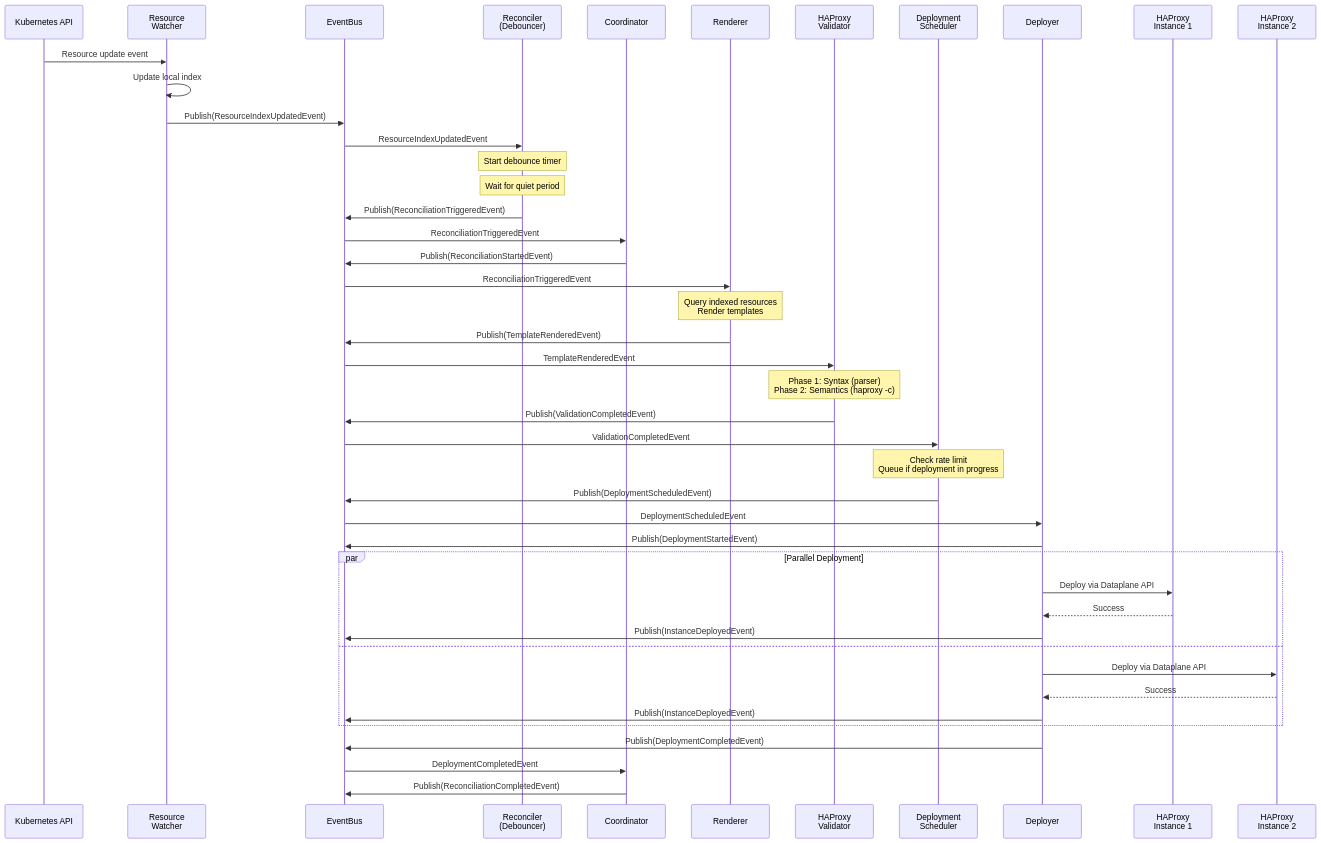
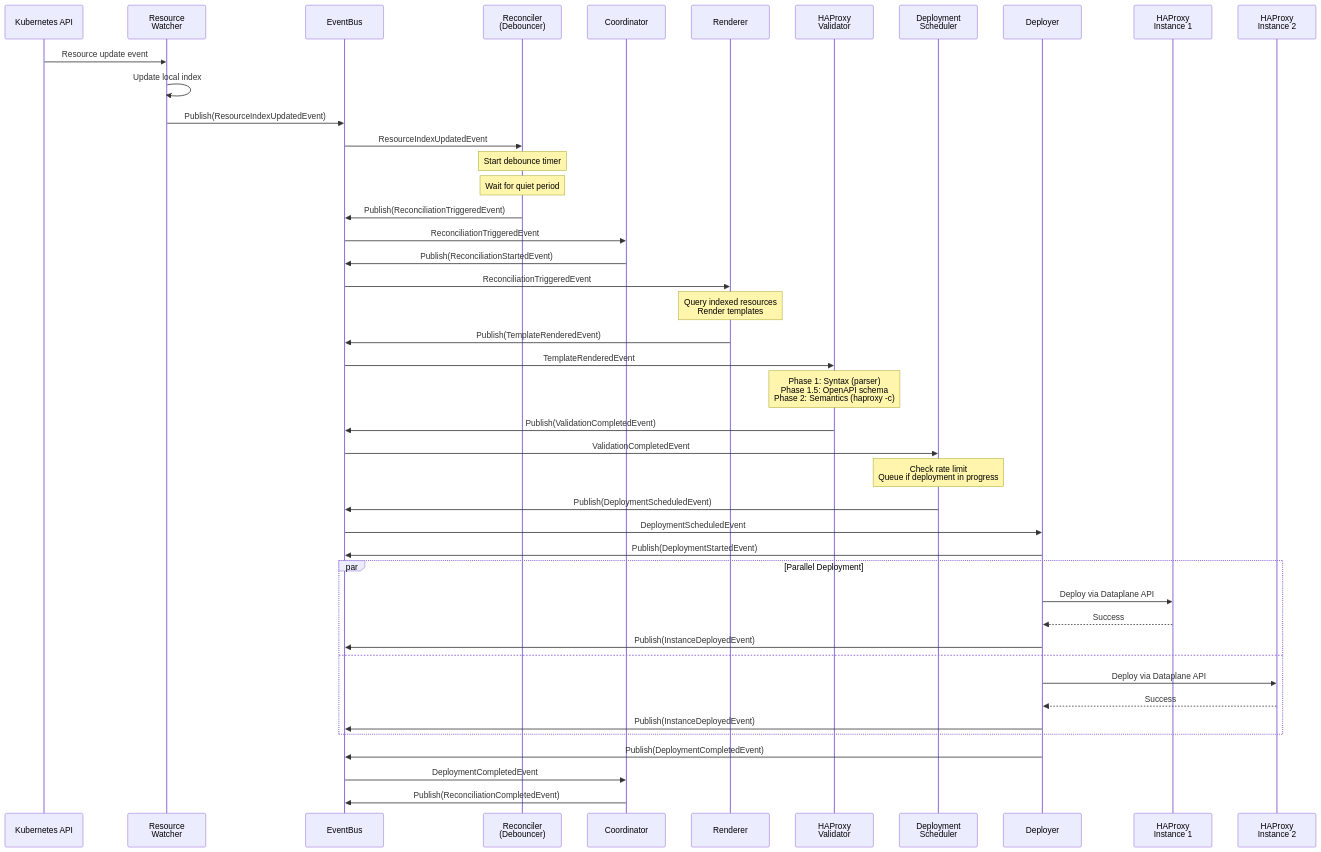
The second of 4 diagrams in docs/controller/docs/development/design/sequence-diagrams.md (HAProxy-Template-IC/haproxy-template-ingress-controller), drawn with Mermaid before and after one commit. The commit also changed other lines of this file and 49 other files, not shown here.

````diff
--- a/docs/controller/docs/development/design/sequence-diagrams.md
+++ b/docs/controller/docs/development/design/sequence-diagrams.md
@@ -75,57 +75,57 @@
 ```mermaid
 sequenceDiagram
     participant K8S as Kubernetes API
     participant ResourceWatcher as Resource<br/>Watcher
     participant EventBus
     participant Reconciler as Reconciler<br/>(Debouncer)
     participant Coordinator
     participant Renderer as Renderer
     participant Validator as HAProxy<br/>Validator
     participant Scheduler as Deployment<br/>Scheduler
     participant Deployer as Deployer
     participant HAProxy1 as HAProxy<br/>Instance 1
     participant HAProxy2 as HAProxy<br/>Instance 2
 
     K8S->>ResourceWatcher: Resource update event
     ResourceWatcher->>ResourceWatcher: Update local index
     ResourceWatcher->>EventBus: Publish(ResourceIndexUpdatedEvent)
 
     EventBus->>Reconciler: ResourceIndexUpdatedEvent
     Note over Reconciler: Start debounce timer
 
     Note over Reconciler: Wait for quiet period
 
     Reconciler->>EventBus: Publish(ReconciliationTriggeredEvent)
 
     EventBus->>Coordinator: ReconciliationTriggeredEvent
     Coordinator->>EventBus: Publish(ReconciliationStartedEvent)
 
     EventBus->>Renderer: ReconciliationTriggeredEvent
     Note over Renderer: Query indexed resources<br/>Render templates
     Renderer->>EventBus: Publish(TemplateRenderedEvent)
 
     EventBus->>Validator: TemplateRenderedEvent
-    Note over Validator: Phase 1: Syntax (parser)<br/>Phase 2: Semantics (haproxy -c)
+    Note over Validator: Phase 1: Syntax (parser)<br/>Phase 1.5: OpenAPI schema<br/>Phase 2: Semantics (haproxy -c)
     Validator->>EventBus: Publish(ValidationCompletedEvent)
 
     EventBus->>Scheduler: ValidationCompletedEvent
     Note over Scheduler: Check rate limit<br/>Queue if deployment in progress
     Scheduler->>EventBus: Publish(DeploymentScheduledEvent)
 
     EventBus->>Deployer: DeploymentScheduledEvent
     Deployer->>EventBus: Publish(DeploymentStartedEvent)
 
     par Parallel Deployment
         Deployer->>HAProxy1: Deploy via Dataplane API
         HAProxy1-->>Deployer: Success
         Deployer->>EventBus: Publish(InstanceDeployedEvent)
     and
         Deployer->>HAProxy2: Deploy via Dataplane API
         HAProxy2-->>Deployer: Success
         Deployer->>EventBus: Publish(InstanceDeployedEvent)
     end
 
     Deployer->>EventBus: Publish(DeploymentCompletedEvent)
     EventBus->>Coordinator: DeploymentCompletedEvent
     Coordinator->>EventBus: Publish(ReconciliationCompletedEvent)
 ```
````
